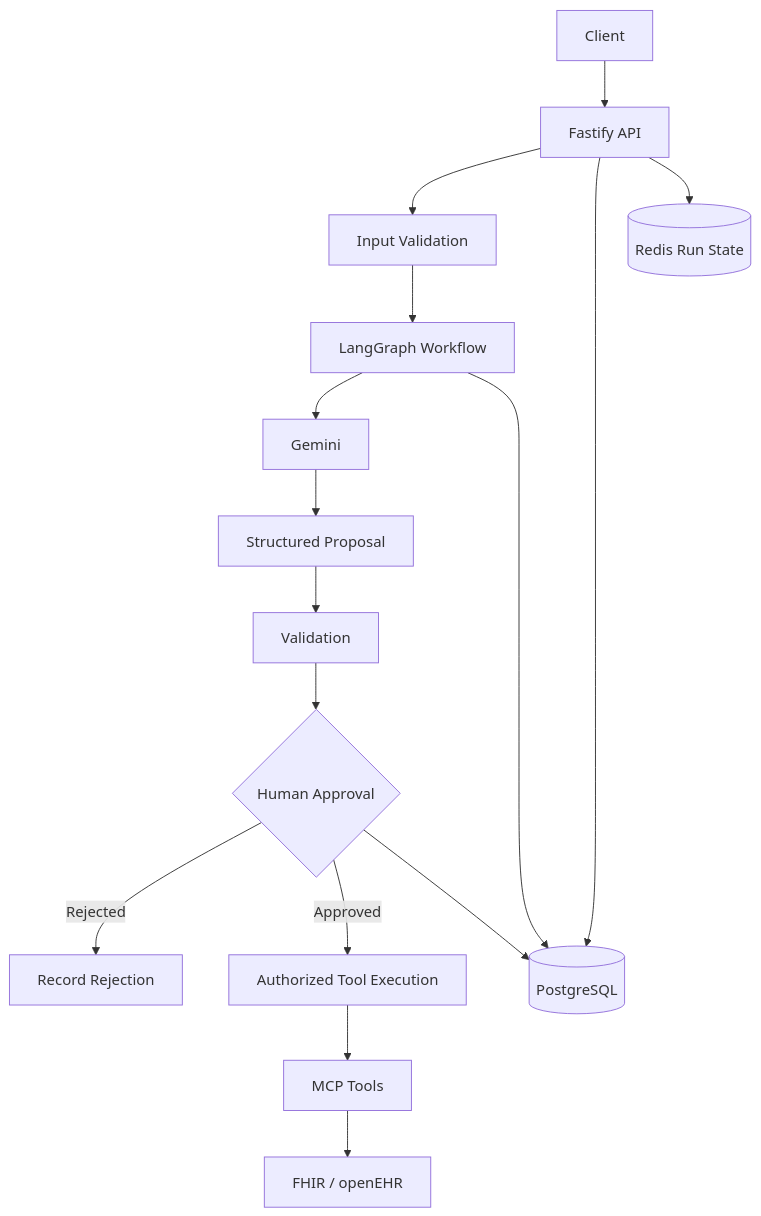
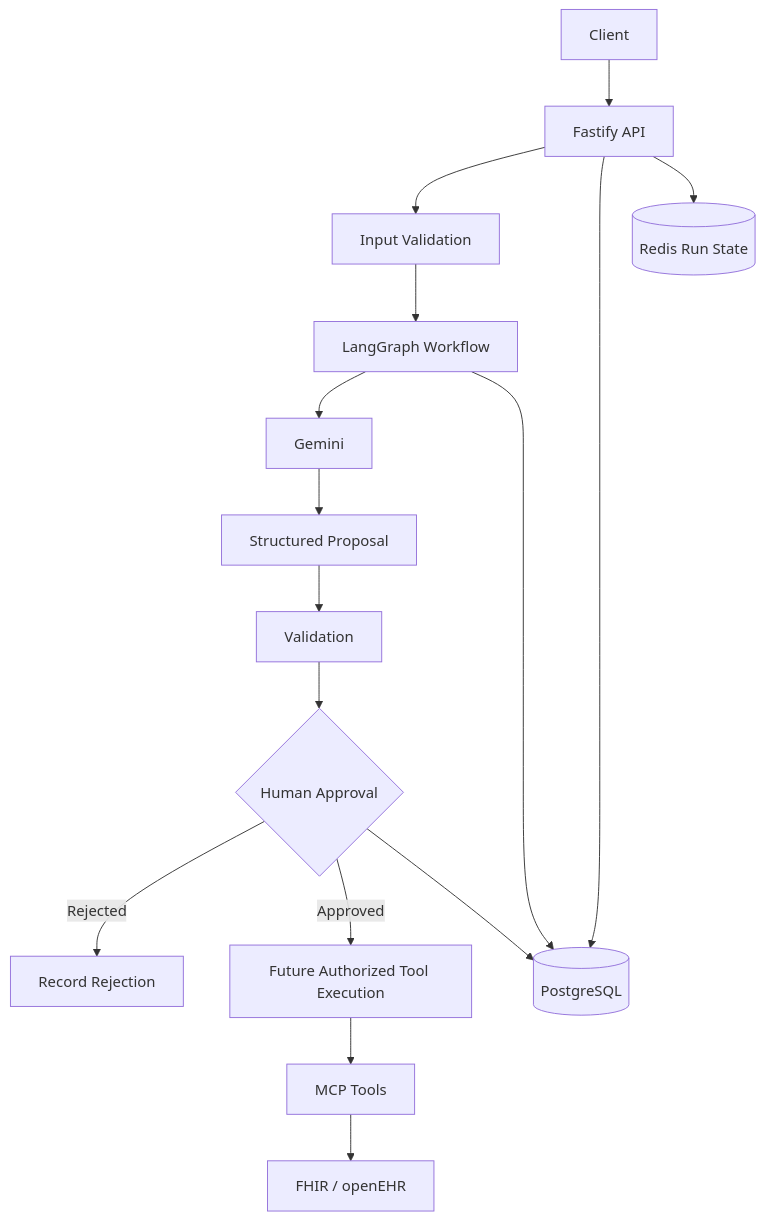
One commit to danishdynamic/agentic-clinical-ops changed the diagram in README.md. Above: the diagram before and after it, drawn with Mermaid. The commit also changed other lines of this file and 2 other files, not shown here.

````diff
--- a/README.md
+++ b/README.md
@@ -59,18 +85,18 @@
 ```mermaid
 flowchart TD
     A[Client] --> B[Fastify API]
     B --> C[Input Validation]
     C --> D[LangGraph Workflow]
     D --> E[Gemini]
     E --> F[Structured Proposal]
     F --> G[Validation]
     G --> H{Human Approval}
     H -->|Rejected| I[Record Rejection]
-    H -->|Approved| J[Authorized Tool Execution]
+    H -->|Approved| J[Future Authorized Tool Execution]
     J --> K[MCP Tools]
     K --> L[FHIR / openEHR]
     B --> M[(PostgreSQL)]
     D --> M
     H --> M
     B --> N[(Redis Run State)]
 ```
````
